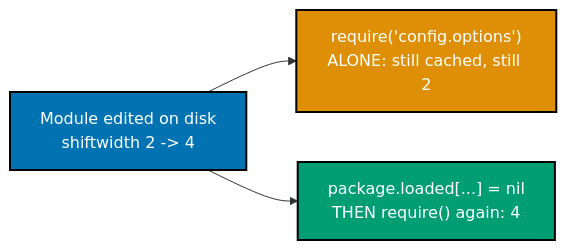
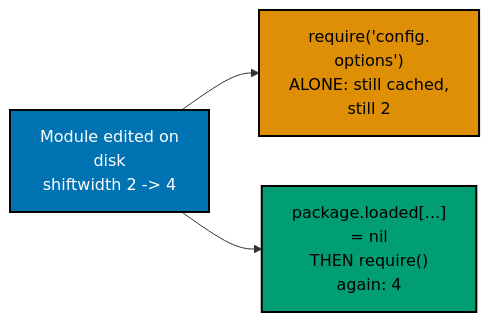
One commit to wahidyankf/ose-public changed the sixth of 7 diagrams in apps/ayokoding-www/content/en/learn/courses/extending-neovim/learning/beginner.md. Above: the diagram before and after it, drawn with Mermaid. The commit also changed other lines of this file and 144 other files, not shown here.

First line of the commit message:
fix(mermaid): bring the first half of the courses diagrams onto the accessible palette

````diff
--- a/apps/ayokoding-www/content/en/learn/courses/extending-neovim/learning/beginner.md
+++ b/apps/ayokoding-www/content/en/learn/courses/extending-neovim/learning/beginner.md
@@ -697,13 +712,16 @@
 ```mermaid
 %% Color Palette: Blue #0173B2, Orange #DE8F05, Teal #029E73
 flowchart LR
-    A["Module edited on disk<br/>shiftwidth 2 -> 4"]:::blue
-    B["require('config.options')<br/>ALONE: still cached, still 2"]:::orange
-    C["package.loaded[...] = nil<br/>THEN require() again: 4"]:::teal
+    accTitle: Example 21: Reload a Module
+    accDescr: Flowchart with 3 nodes and 2 connections. Nodes: Module edited on disk shiftwidth 2 -> 4, require(config. options) ALONE: still cached, still 2, package.loaded[...] = nil THEN require() again: 4. Connections: Module edited on disk shiftwidth 2 -> 4 to require(config. options) ALONE: still cached, still 2, Module edited on disk shiftwidth 2 -> 4 to package.loaded[...] = nil THEN require() again: 4.
+    A["Module edited on<br/>disk<br/>shiftwidth 2 -> 4"]:::blue
+    B["require('config.<br/>options')<br/>ALONE: still cached,<br/>still 2"]:::orange
+    C["package.loaded[...]<br/>= nil<br/>THEN require()<br/>again: 4"]:::teal
     A --> B
     A --> C
 
     classDef blue fill:#0173B2,stroke:#000000,color:#FFFFFF,stroke-width:2px
-    classDef orange fill:#DE8F05,stroke:#000000,color:#FFFFFF,stroke-width:2px
-    classDef teal fill:#029E73,stroke:#000000,color:#FFFFFF,stroke-width:2px
+    classDef orange fill:#DE8F05,stroke:#000000,color:#000000,stroke-width:2px
+    classDef teal fill:#029E73,stroke:#000000,color:#000000,stroke-width:2px
+    classDef default fill:#FFFFFF,stroke:#000000,color:#000000
 ```
````
